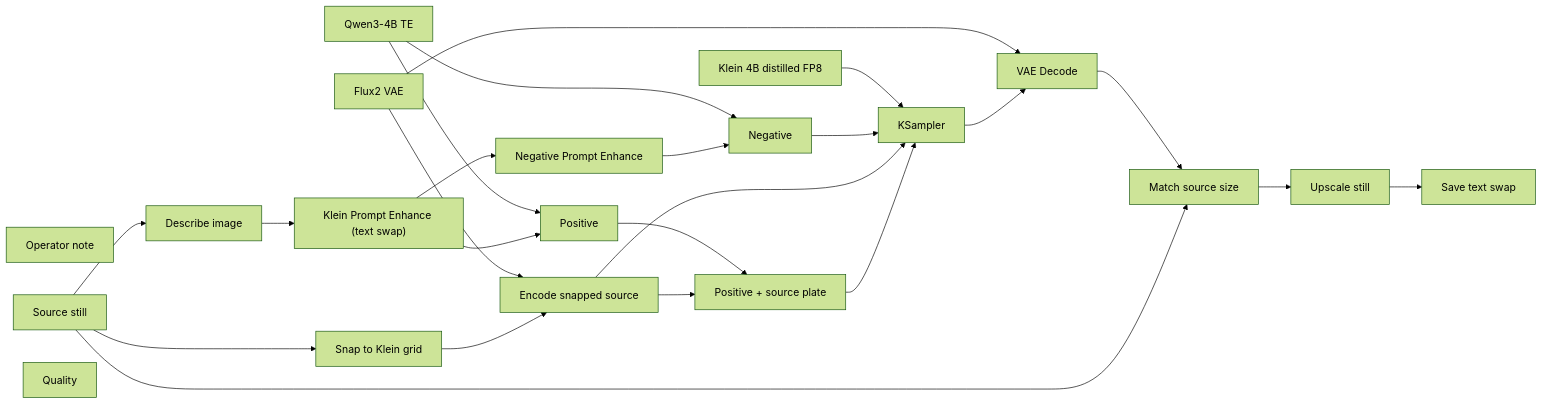
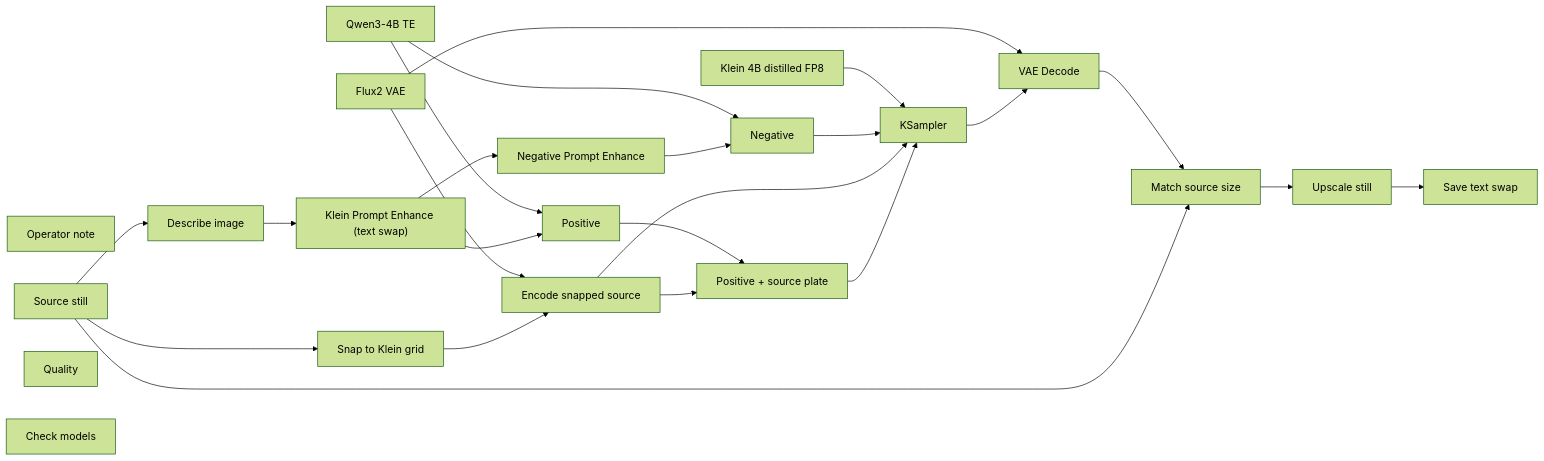
One commit to toxicoder/ez-comfy-stack changed the diagram in docs/generated/workflows/stills/text-swap.md. Above: the diagram before and after it, drawn with Mermaid (forest theme). The commit also changed other lines of this file and 1106 other files, not shown here.

First line of the commit message:
feat: add Check models node to every lab App

````diff
--- a/docs/generated/workflows/stills/text-swap.md
+++ b/docs/generated/workflows/stills/text-swap.md
@@ -52,44 +52,45 @@
 ```mermaid
 flowchart LR
   N1["Klein 4B distilled FP8"]
   N2["Qwen3-4B TE"]
   N3["Flux2 VAE"]
   N4["Positive"]
   N5["Negative"]
   N7["KSampler"]
   N8["VAE Decode"]
   N9["Save text swap"]
   N10["Operator note"]
   N11["Source still"]
   N12["Klein Prompt Enhance (text swap)"]
   N13["Negative Prompt Enhance"]
   N14["Quality"]
   N18["Encode snapped source"]
   N19["Positive + source plate"]
   N20["Snap to Klein grid"]
   N21["Match source size"]
   N22["Upscale still"]
   N23["Describe image"]
+  N24["Check models"]
   N1 --> N7
   N2 --> N4
   N2 --> N5
   N3 --> N8
   N3 --> N18
   N4 --> N19
   N5 --> N7
   N7 --> N8
   N8 --> N21
   N11 --> N20
   N11 --> N21
   N11 --> N23
   N12 --> N4
   N12 --> N13
   N13 --> N5
   N18 --> N19
   N18 --> N7
   N19 --> N7
   N20 --> N18
   N21 --> N22
   N22 --> N9
   N23 --> N12
 ```
````
